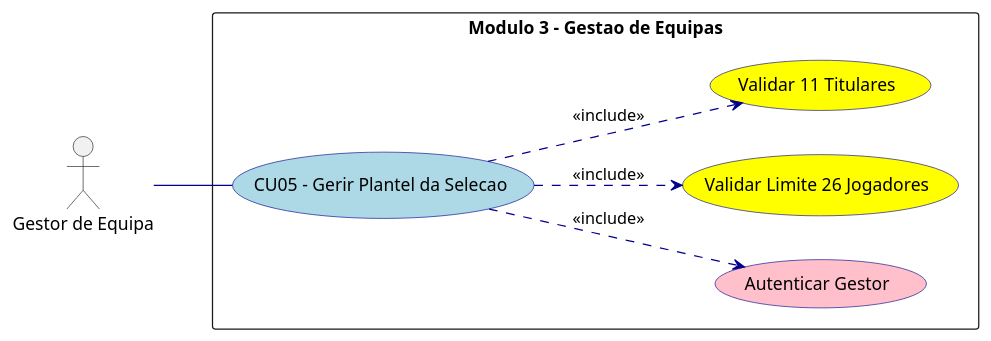
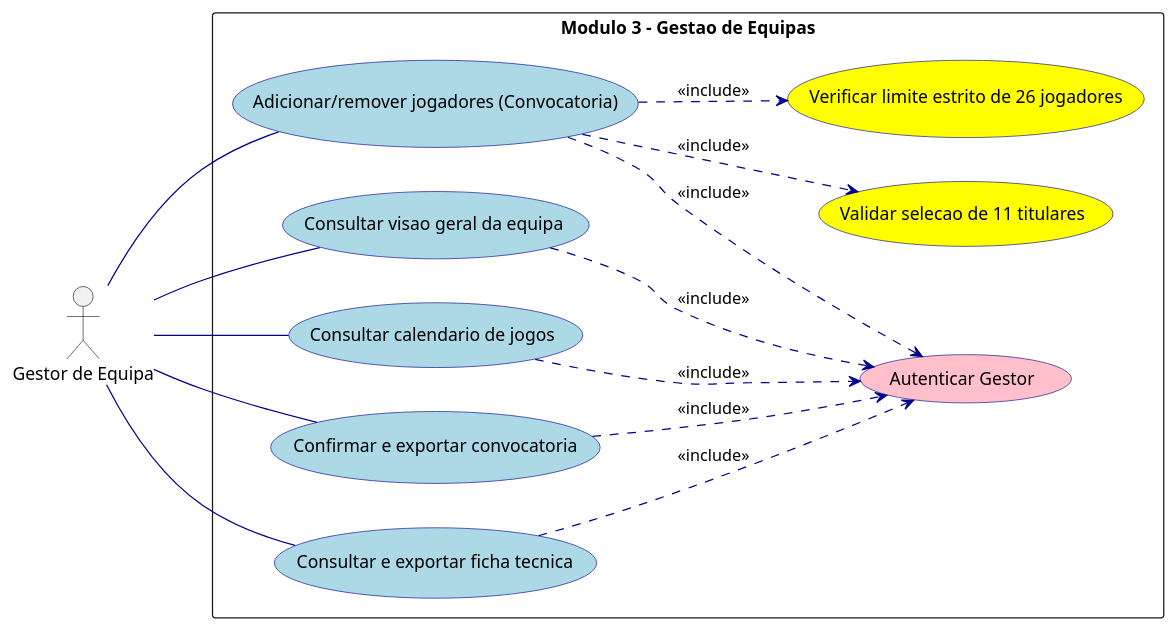
The sixth of 12 diagrams in DIAGRAMA_CASOS_USO.md (experimentos373-creator/ES), drawn with PlantUML before and after one commit. The commit also changed other lines of this file and 1 other file, not shown here.

````diff
--- a/DIAGRAMA_CASOS_USO.md
+++ b/DIAGRAMA_CASOS_USO.md
@@ -164,26 +227,39 @@
 ```plantuml
 @startuml
 left to right direction
 skinparam packageStyle rectangle
 skinparam usecase {
   BackgroundColor LightBlue
   BorderColor DarkBlue
   ArrowColor DarkBlue
 }
 
 actor "Gestor de Equipa" as GEqui
 
 rectangle "Modulo 3 - Gestao de Equipas" {
   usecase "Autenticar Gestor" as Login #Pink
-  usecase "CU05 - Gerir Plantel da Selecao" as CU05
-  usecase "Validar Limite 26 Jogadores" as CU05_sub1 #Yellow
-  usecase "Validar 11 Titulares" as CU05_sub2 #Yellow
+  usecase "Consultar visao geral da equipa" as CU09
+  usecase "Consultar calendario de jogos" as CU10
+  usecase "Adicionar/remover jogadores (Convocatoria)" as CU11
+  usecase "Verificar limite estrito de 26 jogadores" as CU11_sub1 #Yellow
+  usecase "Validar selecao de 11 titulares" as CU11_sub2 #Yellow
+  usecase "Confirmar e exportar convocatoria" as CU12
+  usecase "Consultar e exportar ficha tecnica" as CU13
 }
 
-GEqui -- CU05
+GEqui -- CU09
+GEqui -- CU10
+GEqui -- CU11
+GEqui -- CU12
+GEqui -- CU13
 
-CU05 ..> Login : <<include>>
-CU05 ..> CU05_sub1 : <<include>>
-CU05 ..> CU05_sub2 : <<include>>
+CU09 ..> Login : <<include>>
+CU10 ..> Login : <<include>>
+CU11 ..> Login : <<include>>
+CU12 ..> Login : <<include>>
+CU13 ..> Login : <<include>>
+
+CU11 ..> CU11_sub1 : <<include>>
+CU11 ..> CU11_sub2 : <<include>>
 @enduml
 ```
````
